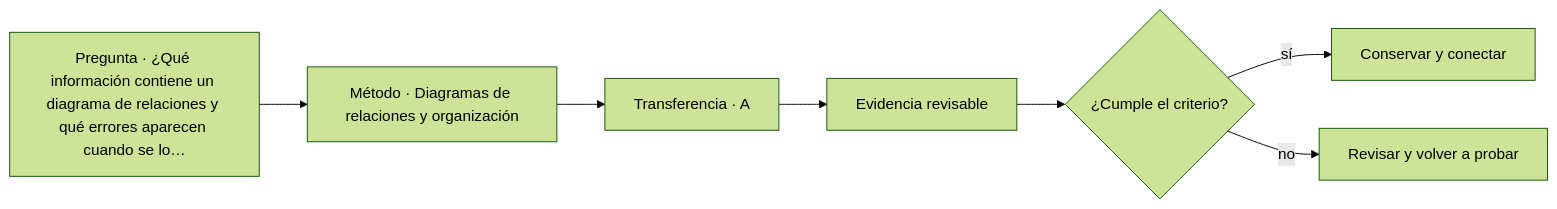
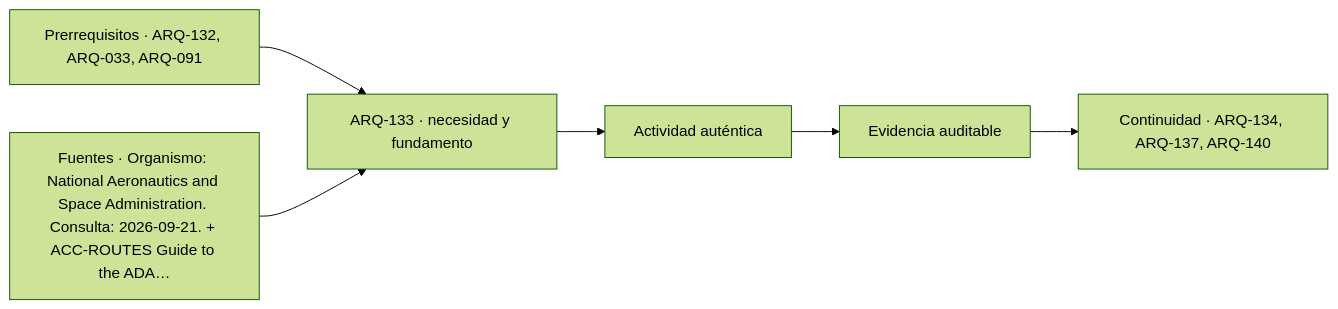
One commit to vladimiracunadev-create/architecture-built-environment-learning-program changed the diagram in classes/parte-14/ARQ-133.md. Above: the diagram before and after it, drawn with Mermaid (forest theme). The commit also changed other lines of this file and 761 other files, not shown here.

````diff
--- a/classes/parte-14/ARQ-133.md
+++ b/classes/parte-14/ARQ-133.md
@@ -102,9 +114,8 @@
 ```mermaid
 flowchart LR
-    Q["Pregunta · ¿Qué información contiene un diagrama de relaciones y qué errores aparecen cuando se lo…"] --> M["Método · Diagramas de relaciones y organización"]
-    M --> P["Transferencia · A"]
-    P --> E["Evidencia revisable"]
-    E --> C{"¿Cumple el criterio?"}
-    C -->|sí| T["Conservar y conectar"]
-    C -->|no| R["Revisar y volver a probar"]
+    A["Prerrequisitos · ARQ-132, ARQ-033, ARQ-091"] --> B["ARQ-133 · necesidad y fundamento"]
+    S["Fuentes · Organismo: National Aeronautics and Space Administration. Consulta: 2026-09-21. + ACC-ROUTES Guide to the ADA…"] --> B
+    B --> C["Actividad auténtica"]
+    C --> D["Evidencia auditable"]
+    D --> E["Continuidad · ARQ-134, ARQ-137, ARQ-140"]
 ```
````
